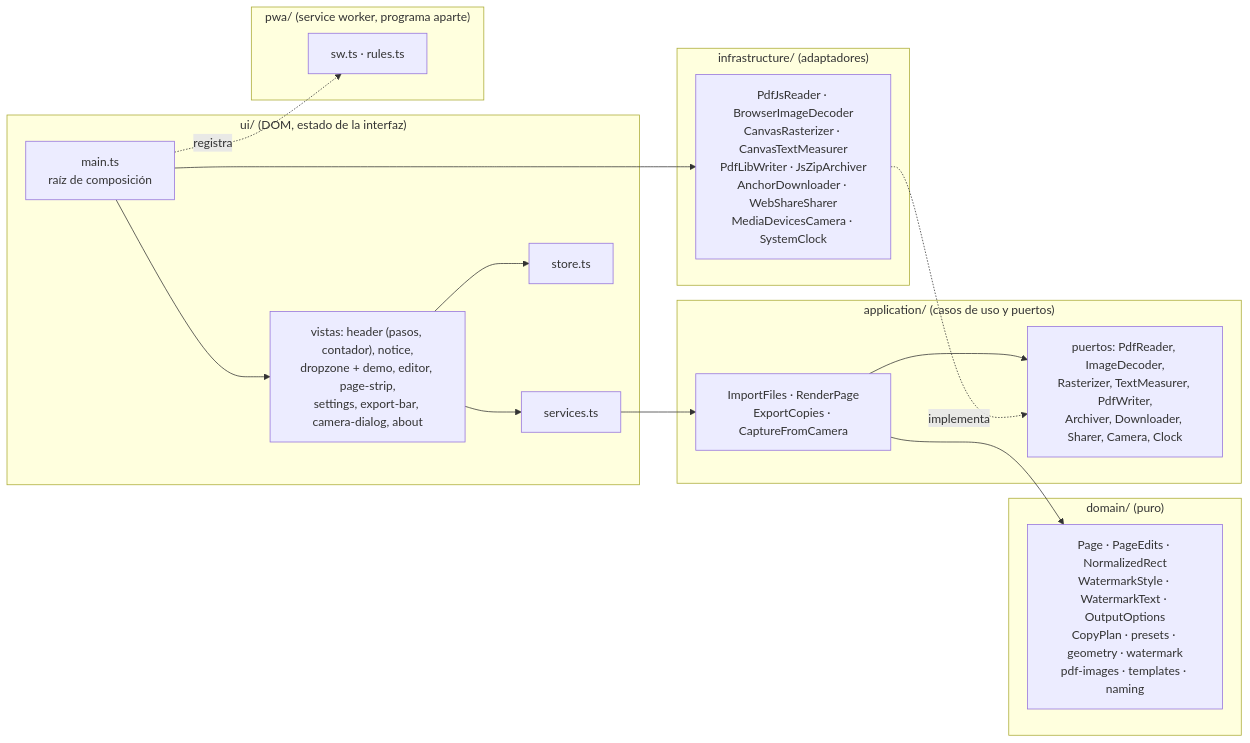
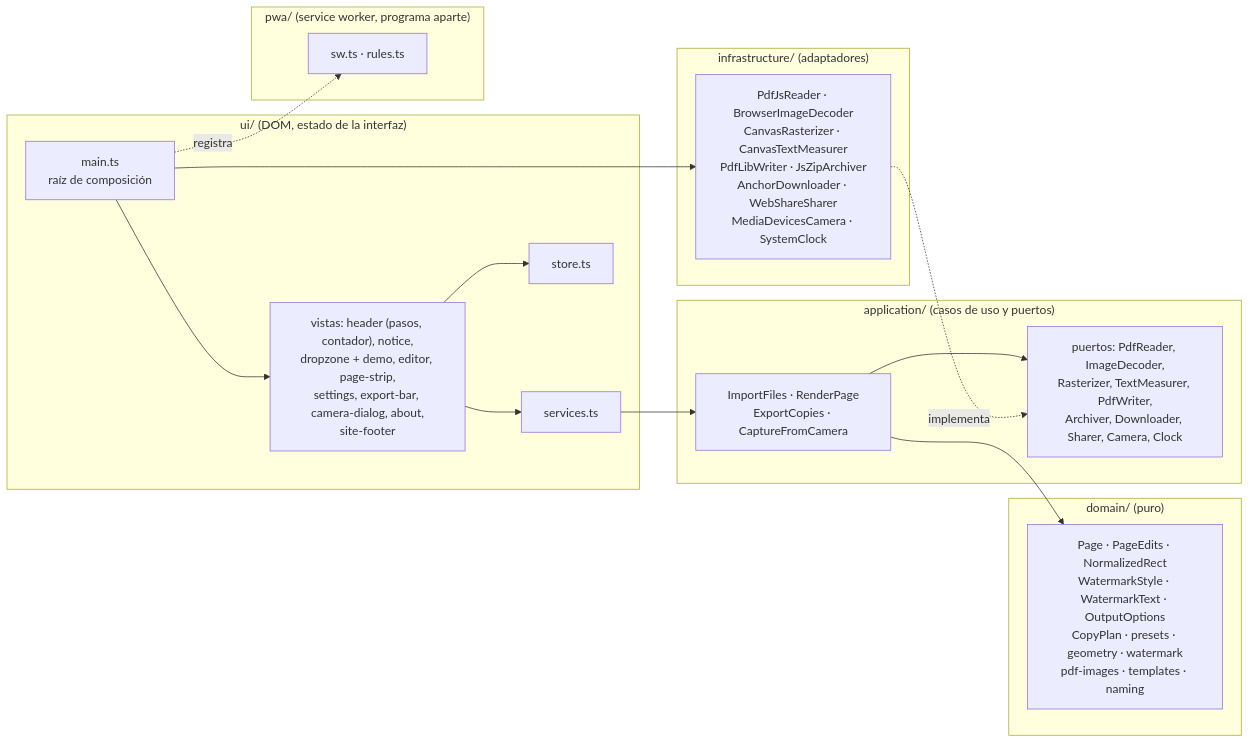
Before and after one commit to hbonavota/copia-segura: the diagram in docs/arquitectura.md, drawn with Mermaid. The commit also changed 4 other files, not shown here.

````diff
--- a/docs/arquitectura.md
+++ b/docs/arquitectura.md
@@ -7,29 +7,29 @@
 ```mermaid
 flowchart LR
   subgraph ui["ui/ (DOM, estado de la interfaz)"]
     Main["main.ts<br/>raíz de composición"]
-    Views["vistas: header (pasos, contador), notice,<br/>dropzone + demo, editor, page-strip,<br/>settings, export-bar, camera-dialog, about"]
+    Views["vistas: header (pasos, contador), notice,<br/>dropzone + demo, editor, page-strip,<br/>settings, export-bar, camera-dialog, about,<br/>site-footer"]
     Services["services.ts"]
     Store["store.ts"]
   end
   subgraph app["application/ (casos de uso y puertos)"]
     UC["ImportFiles · RenderPage<br/>ExportCopies · CaptureFromCamera"]
     Ports["puertos: PdfReader, ImageDecoder,<br/>Rasterizer, TextMeasurer, PdfWriter,<br/>Archiver, Downloader, Sharer, Camera, Clock"]
   end
   subgraph dom["domain/ (puro)"]
     D["Page · PageEdits · NormalizedRect<br/>WatermarkStyle · WatermarkText · OutputOptions<br/>CopyPlan · presets · geometry · watermark<br/>pdf-images · templates · naming"]
   end
   subgraph infra["infrastructure/ (adaptadores)"]
     I["PdfJsReader · BrowserImageDecoder<br/>CanvasRasterizer · CanvasTextMeasurer<br/>PdfLibWriter · JsZipArchiver<br/>AnchorDownloader · WebShareSharer<br/>MediaDevicesCamera · SystemClock"]
   end
   subgraph pwa["pwa/ (service worker, programa aparte)"]
     SW["sw.ts · rules.ts"]
   end
   Main -. registra .-> SW
   Main --> Views --> Store
   Views --> Services --> UC
   UC --> Ports
   UC --> D
   I -. implementa .-> Ports
   Main --> I
 ```
````
